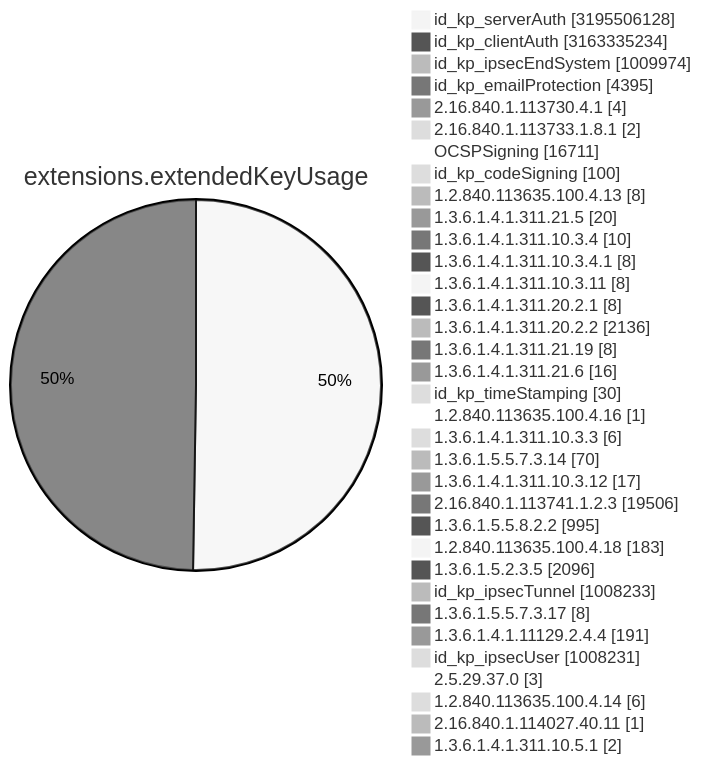
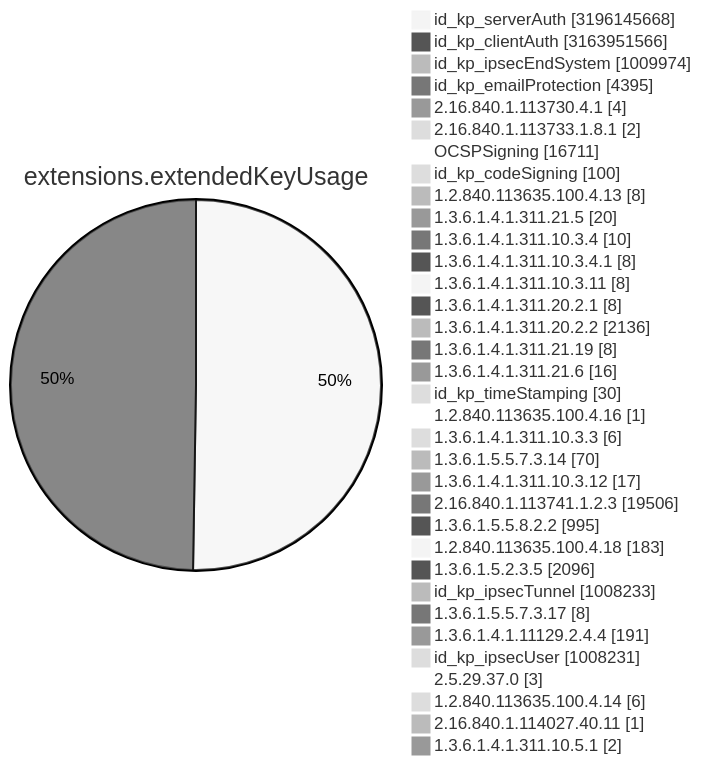
One commit to christiankrug/ctmonitor_visualization changed diagram 11 of 15 in TOTAL/README.md. Above: the diagram before and after it, drawn with Mermaid (neutral theme). The commit also changed other lines of this file, not shown here.

````diff
--- a/TOTAL/README.md
+++ b/TOTAL/README.md
@@ -4119,38 +4119,38 @@
 ```mermaid
 pie showData
 title extensions.extendedKeyUsage
-"id_kp_serverAuth" :3195506128
-"id_kp_clientAuth" :3163335234
+"id_kp_serverAuth" :3196145668
+"id_kp_clientAuth" :3163951566
 "id_kp_ipsecEndSystem" :1009974
 "id_kp_emailProtection" :4395
 "2.16.840.1.113730.4.1" :4
 "2.16.840.1.113733.1.8.1" :2
 "OCSPSigning" :16711
 "id_kp_codeSigning" :100
 "1.2.840.113635.100.4.13" :8
 "1.3.6.1.4.1.311.21.5" :20
 "1.3.6.1.4.1.311.10.3.4" :10
 "1.3.6.1.4.1.311.10.3.4.1" :8
 "1.3.6.1.4.1.311.10.3.11" :8
 "1.3.6.1.4.1.311.20.2.1" :8
 "1.3.6.1.4.1.311.20.2.2" :2136
 "1.3.6.1.4.1.311.21.19" :8
 "1.3.6.1.4.1.311.21.6" :16
 "id_kp_timeStamping" :30
 "1.2.840.113635.100.4.16" :1
 "1.3.6.1.4.1.311.10.3.3" :6
 "1.3.6.1.5.5.7.3.14" :70
 "1.3.6.1.4.1.311.10.3.12" :17
 "2.16.840.1.113741.1.2.3" :19506
 "1.3.6.1.5.5.8.2.2" :995
 "1.2.840.113635.100.4.18" :183
 "1.3.6.1.5.2.3.5" :2096
 "id_kp_ipsecTunnel" :1008233
 "1.3.6.1.5.5.7.3.17" :8
 "1.3.6.1.4.1.11129.2.4.4" :191
 "id_kp_ipsecUser" :1008231
 "2.5.29.37.0" :3
 "1.2.840.113635.100.4.14" :6
 "2.16.840.1.114027.40.11" :1
 "1.3.6.1.4.1.311.10.5.1" :2
 ```
````
